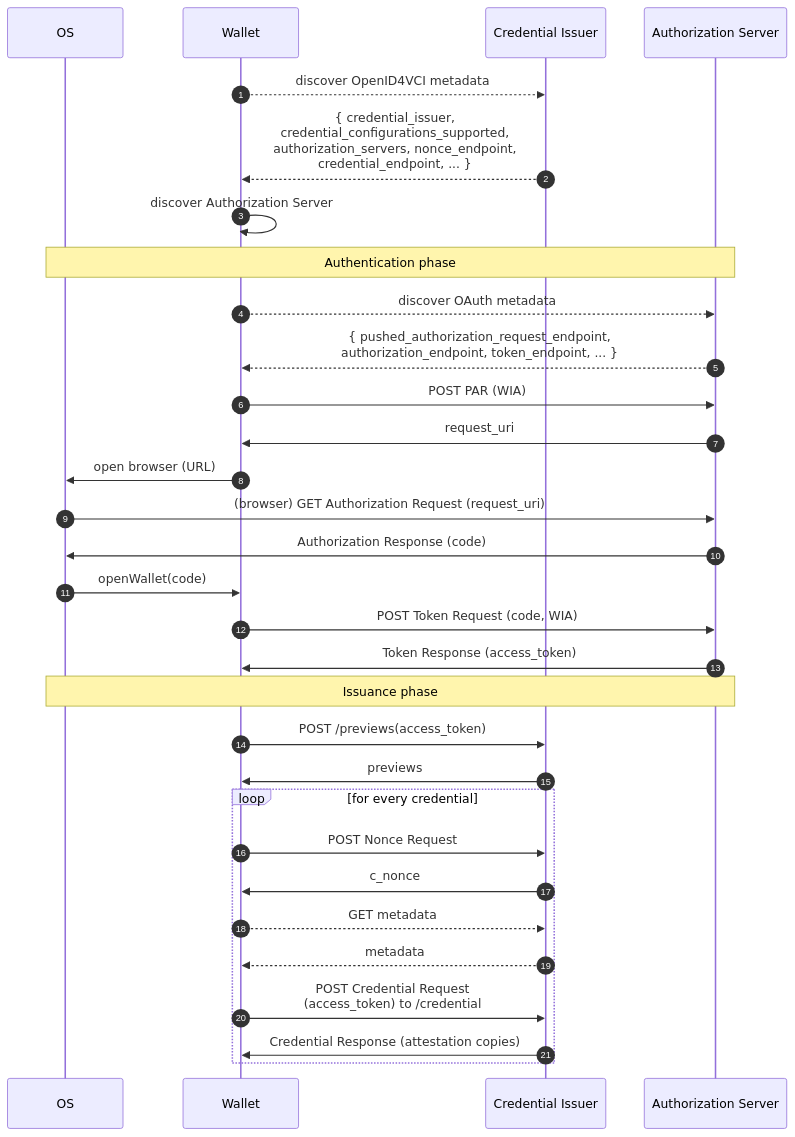
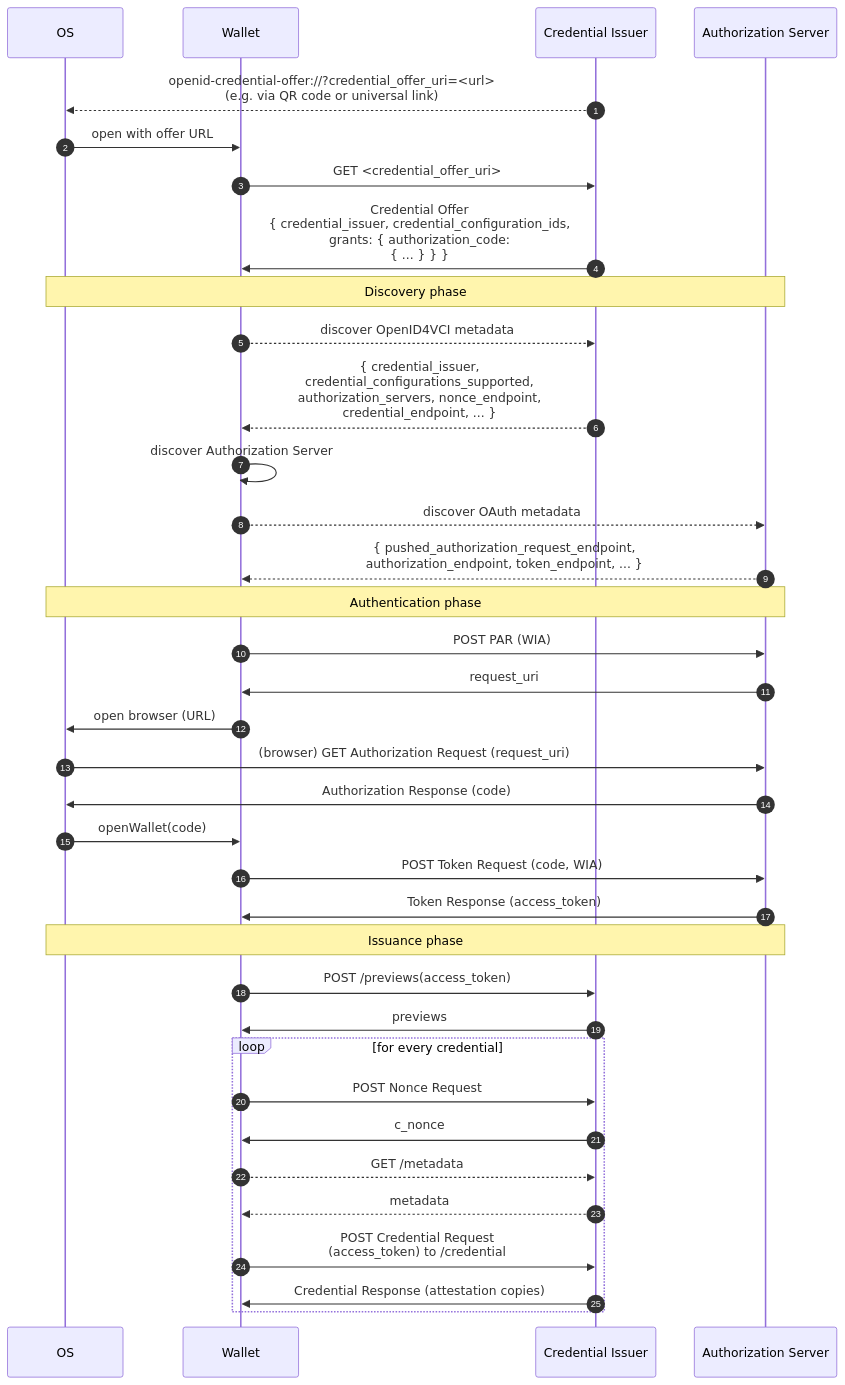
The second of 4 diagrams in wallet_docs/architecture/use-cases/issuance-with-openid4vci.md (MinBZK/nl-wallet), drawn with Mermaid before and after one commit. The commit also changed other lines of this file, not shown here.

Commit message:
Update issuance-with-openid4vci.md document
Add Credential Offer to Authorization Code flow and some rewording.

````diff
--- a/wallet_docs/architecture/use-cases/issuance-with-openid4vci.md
+++ b/wallet_docs/architecture/use-cases/issuance-with-openid4vci.md
@@ -105,40 +105,49 @@
 ```{mermaid}
 sequenceDiagram
     autonumber
 
     participant OS
     participant Wallet
     participant CI as Credential Issuer
     participant AS as Authorization Server
 
+    CI-->>OS: openid-credential-offer://?credential_offer_uri=<url><br/>(e.g. via QR code or universal link)
+    OS->>Wallet: open with offer URL
+    Wallet->>CI: GET <credential_offer_uri>
+    CI->>Wallet: Credential Offer<br/>{ credential_issuer, credential_configuration_ids,<br/>  grants: { authorization_code:<br/>    { ... } } }
+
+    Note over OS,AS: Discovery phase
+
     Wallet-->>CI: discover OpenID4VCI metadata
     CI-->>Wallet: { credential_issuer,<br/>  credential_configurations_supported,<br/>  authorization_servers, nonce_endpoint,<br/>  credential_endpoint, ... }
+
     Wallet->>Wallet: discover Authorization Server
+
+    Wallet-->>AS: discover OAuth metadata
+    AS-->>Wallet: { pushed_authorization_request_endpoint,<br/>  authorization_endpoint, token_endpoint, ... }
 
     Note over OS,AS: Authentication phase
 
-    Wallet-->>AS: discover OAuth metadata
-    AS-->>Wallet: { pushed_authorization_request_endpoint,<br/>  authorization_endpoint, token_endpoint, ... }
     Wallet->>AS: POST PAR (WIA)
     AS->>Wallet: request_uri
     Wallet->>OS: open browser (URL)
     OS->>AS: (browser) GET Authorization Request (request_uri)
     AS->>OS: Authorization Response (code)
     OS->>Wallet: openWallet(code)
     Wallet->>AS: POST Token Request (code, WIA)
     AS->>Wallet: Token Response (access_token)
 
     Note over OS,AS: Issuance phase
 
     Wallet->>CI: POST /previews(access_token)
     CI->>Wallet: previews
 
     loop for every credential
         Wallet->>CI: POST Nonce Request
         CI->>Wallet: c_nonce
-        Wallet-->>CI: GET metadata
+        Wallet-->>CI: GET /metadata
         CI-->>Wallet: metadata
         Wallet->>CI: POST Credential Request<br/>(access_token) to /credential
         CI->>Wallet: Credential Response (attestation copies)
     end
 ```
````
